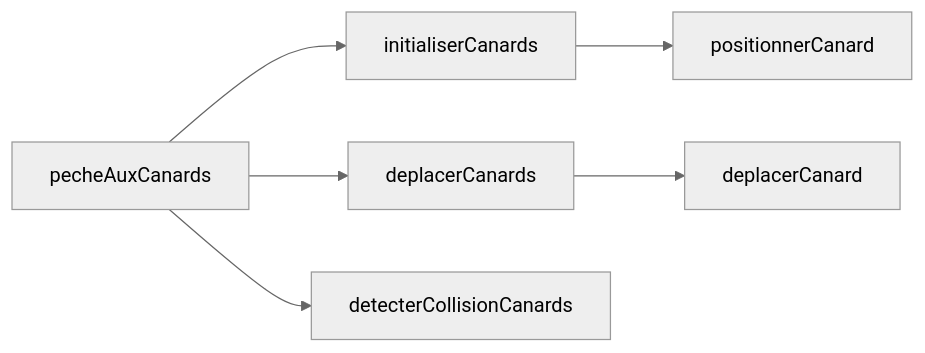
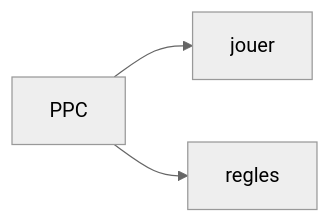
Before and after one commit to ING1-Paris/ece-world-paris-ing1-2022-2023-td4-mario-parteam: the sixth of 9 diagrams in marp-projet-info/presentation.md, drawn with Mermaid. The commit also changed other lines of this file and 1 other file, not shown here.

```diff
--- a/marp-projet-info/presentation.md
+++ b/marp-projet-info/presentation.md
@@ -437,9 +359,6 @@
 <div class="mermaid">
 %%{init: {'theme':'neutral'}}%%
 flowchart LR
-    pecheAuxCanards --> initialiserCanards
-    initialiserCanards --> positionnerCanard
-    pecheAuxCanards --> deplacerCanards
-    deplacerCanards --> deplacerCanard
-    pecheAuxCanards --> detecterCollisionCanards
+    PPC --> jouer
+    PPC --> regles
 </div>
```
